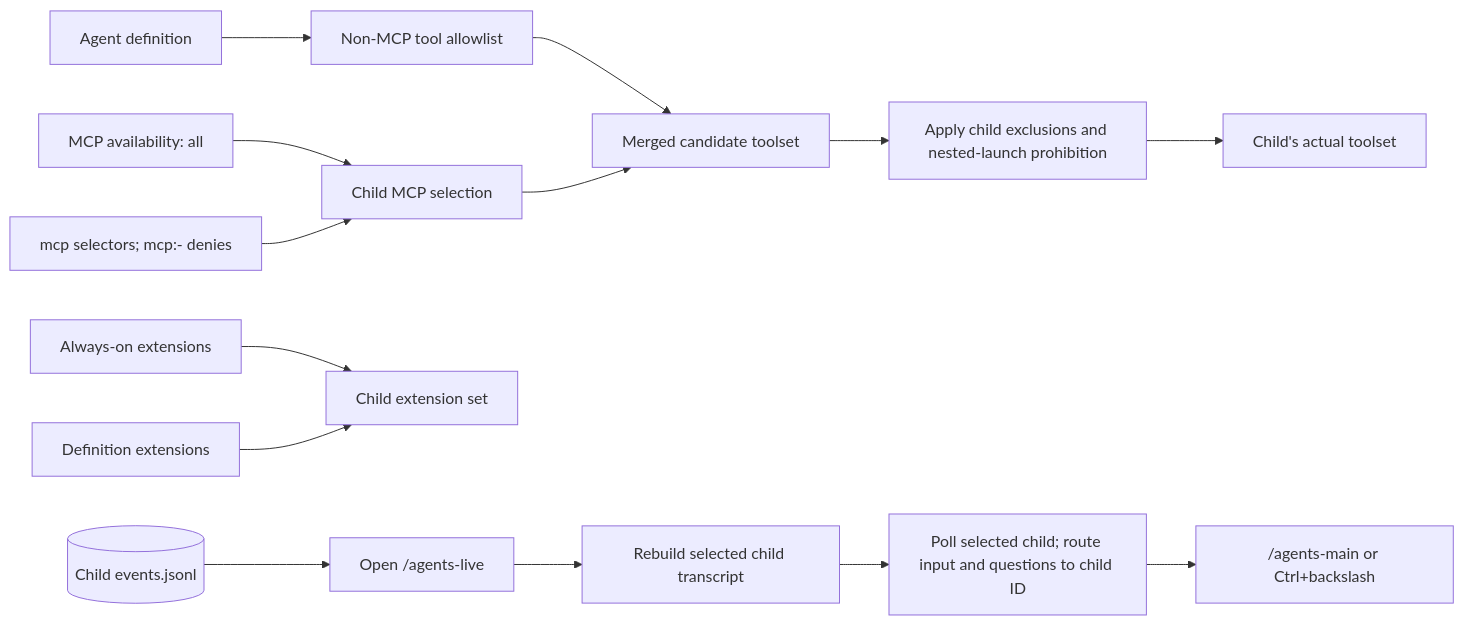
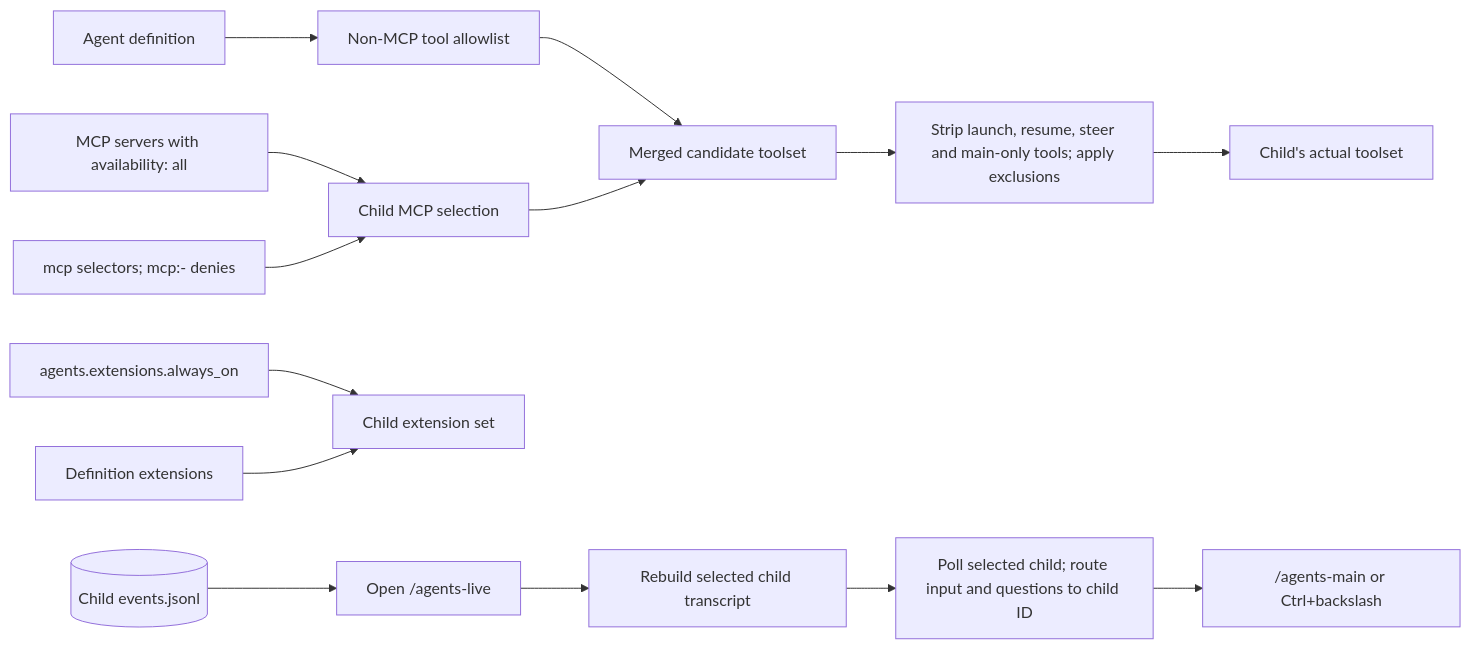
One commit to ineersa/agent-core changed the fourth of 5 diagrams in architecture/extensions-and-agents.md. Above: the diagram before and after it, drawn with Mermaid. The commit also changed other lines of this file and 86 other files, not shown here.

First line of the commit message:
Fix documentation drift and expand architecture diagrams

````diff
--- a/architecture/extensions-and-agents.md
+++ b/architecture/extensions-and-agents.md
@@ -168,16 +184,16 @@
 ```mermaid
 flowchart LR
     Role[Agent definition] --> Tools[Non-MCP tool allowlist]
-    Global["MCP availability: all"] --> MCP[Child MCP selection]
+    Global["MCP servers with availability: all"] --> MCP[Child MCP selection]
     Selectors["mcp selectors; mcp:- denies"] --> MCP
     Tools --> Merge[Merged candidate toolset]
     MCP --> Merge
-    Merge --> Deny[Apply child exclusions and nested-launch prohibition]
+    Merge --> Deny["Strip launch, resume, steer and main-only tools; apply exclusions"]
     Deny --> Child[Child's actual toolset]
-    Always[Always-on extensions] --> Extensions[Child extension set]
+    Always["agents.extensions.always_on"] --> Extensions[Child extension set]
     Explicit[Definition extensions] --> Extensions
     ChildEvents[(Child events.jsonl)] --> Open[Open /agents-live]
     Open --> Rebuild[Rebuild selected child transcript]
     Rebuild --> Live[Poll selected child; route input and questions to child ID]
     Live --> Return["/agents-main or Ctrl+backslash"]
 ```
````
